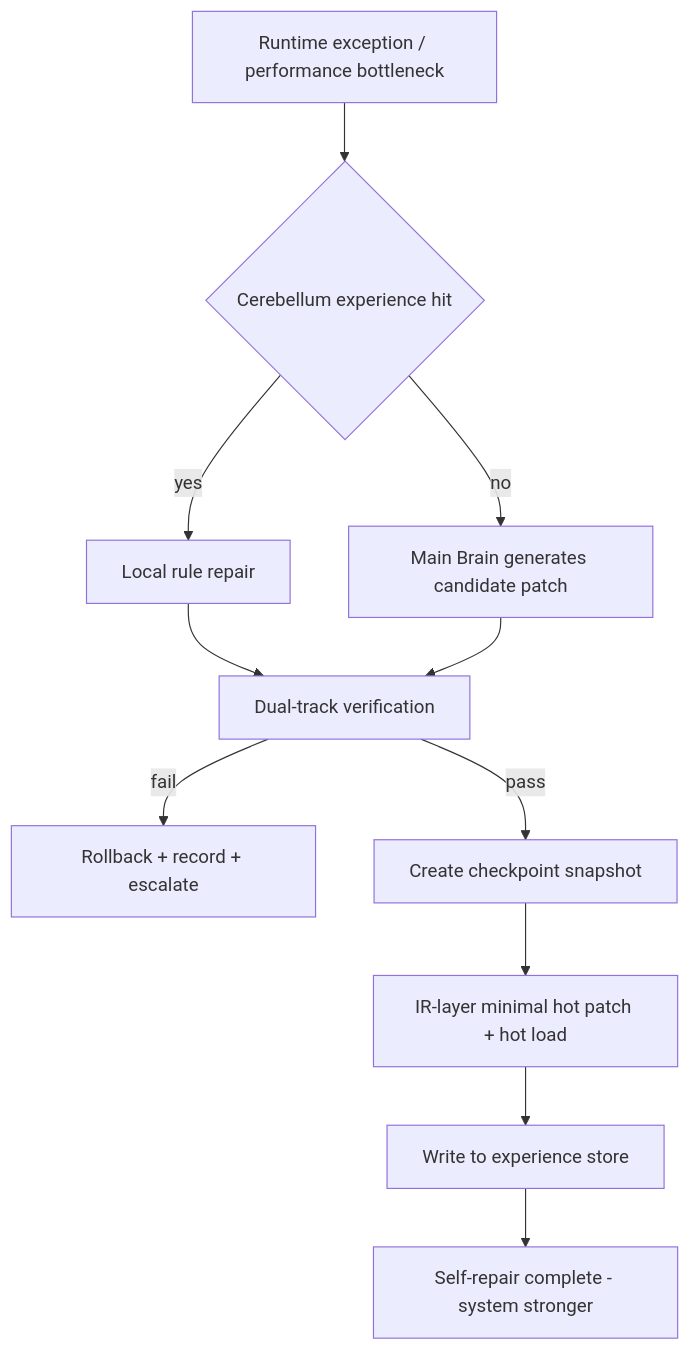
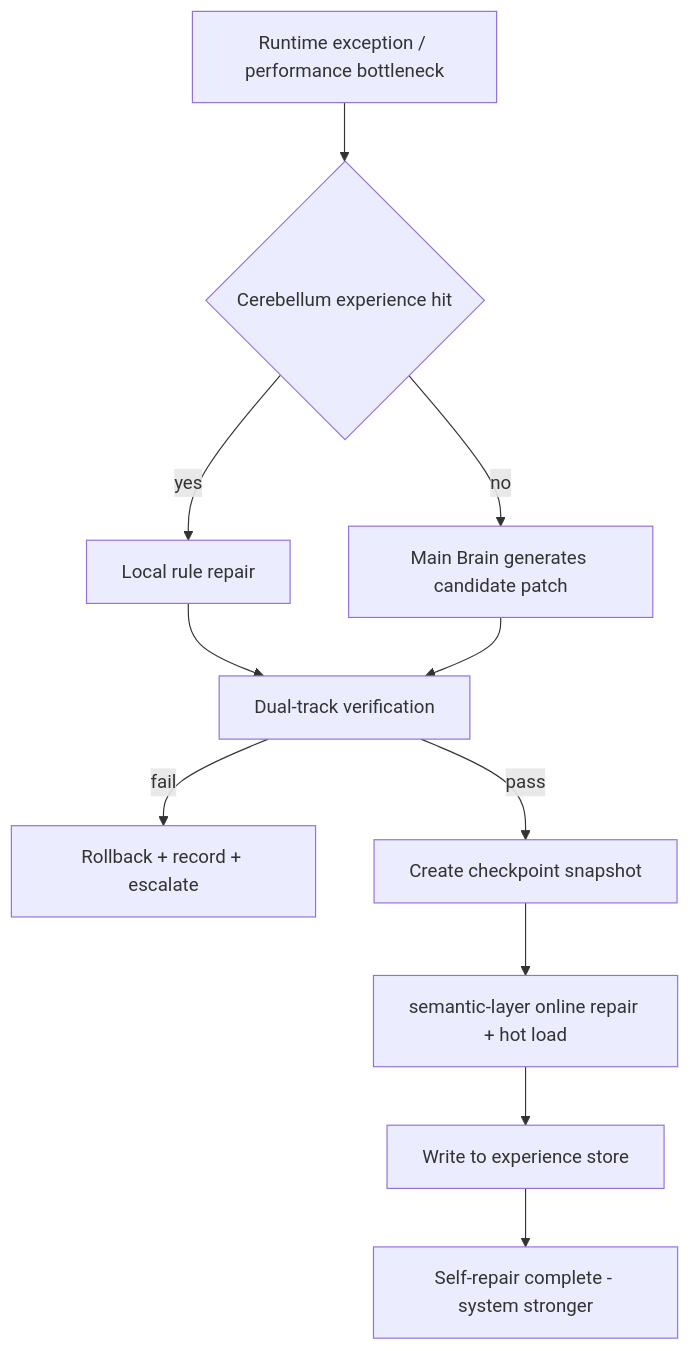
Before and after one commit to pony-029/ane: the fifth of 12 diagrams in ANE-Specification-AI-Native-Engineering-Paradigm.md, drawn with Mermaid. The commit also changed other lines of this file and 5 other files, not shown here.

````diff
--- a/ANE-Specification-AI-Native-Engineering-Paradigm.md
+++ b/ANE-Specification-AI-Native-Engineering-Paradigm.md
@@ -577,13 +696,13 @@
 ```mermaid
 flowchart TD
     S[Runtime exception / performance bottleneck] --> C{Cerebellum experience hit}
     C -->|yes| R[Local rule repair]
     C -->|no| B[Main Brain generates candidate patch]
     R --> V[Dual-track verification]
     B --> V
     V -->|fail| RB[Rollback + record + escalate]
     V -->|pass| CP[Create checkpoint snapshot]
-    CP --> HP[IR-layer minimal hot patch + hot load]
+    CP --> HP[semantic-layer online repair + hot load]
     HP --> W[Write to experience store]
     W --> OK[Self-repair complete - system stronger]
 ```
````
